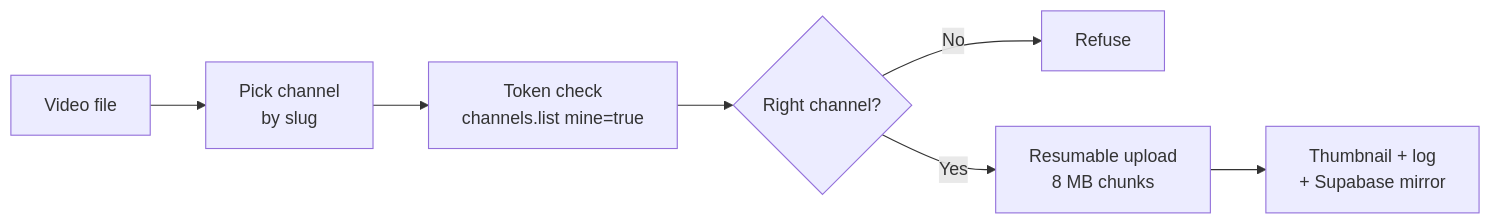
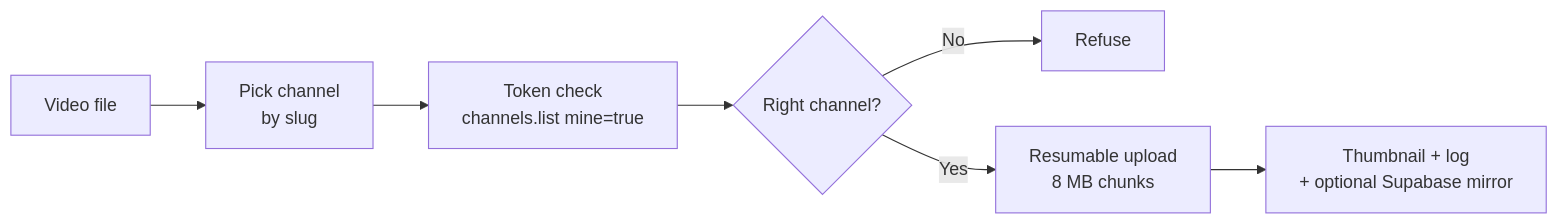
One commit to smabdulmueid97/YouTube-SuperUploaderMCP changed the diagram in README.md. Above: the diagram before and after it, drawn with Mermaid. The commit also changed other lines of this file and 17 other files, not shown here.

````diff
--- a/README.md
+++ b/README.md
@@ -39,9 +32,9 @@
 ```mermaid
 flowchart LR
     A[Video file] --> B[Pick channel<br/>by slug]
     B --> C[Token check<br/>channels.list mine=true]
     C --> D{Right channel?}
     D -->|No| E[Refuse]
     D -->|Yes| F[Resumable upload<br/>8 MB chunks]
-    F --> G[Thumbnail + log<br/>+ Supabase mirror]
+    F --> G[Thumbnail + log<br/>+ optional Supabase mirror]
 ```
````
